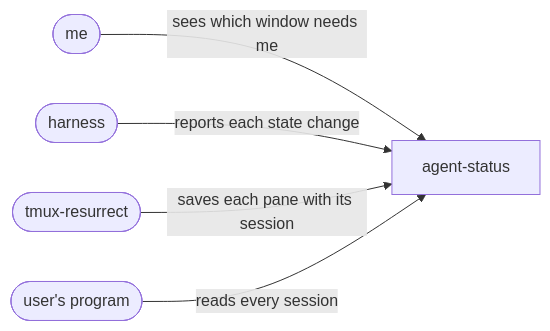
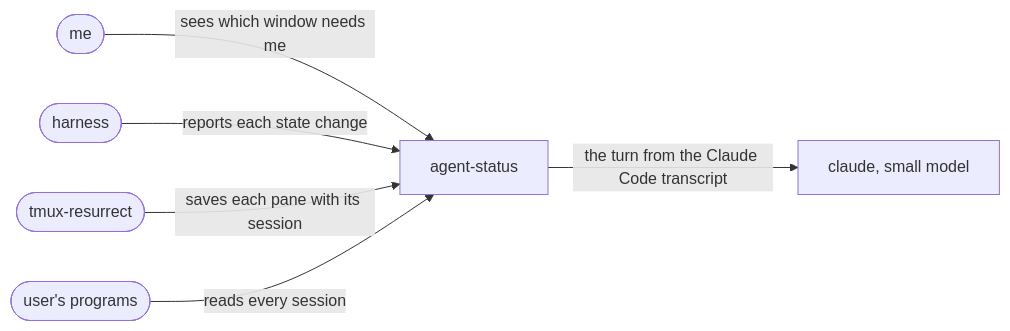
The diagram in docs/systems/agent-status/agent-status-intent.md (jvrsantacruz/agent-status), drawn with Mermaid before and after one commit. The commit also changed other lines of this file and 5 other files, not shown here.

````diff
--- a/docs/systems/agent-status/agent-status-intent.md
+++ b/docs/systems/agent-status/agent-status-intent.md
@@ -18,7 +18,8 @@
 ```mermaid
 flowchart LR
   me([me]) -- sees which window needs me --> sys[agent-status]
   agent([harness]) -- reports each state change --> sys
   resurrect([tmux-resurrect]) -- saves each pane with its session --> sys
-  reader([user's program]) -- reads every session --> sys
+  reader([user's programs]) -- reads every session --> sys
+  sys -- the turn from the Claude Code transcript --> claude[claude, small model]
 ```
````
